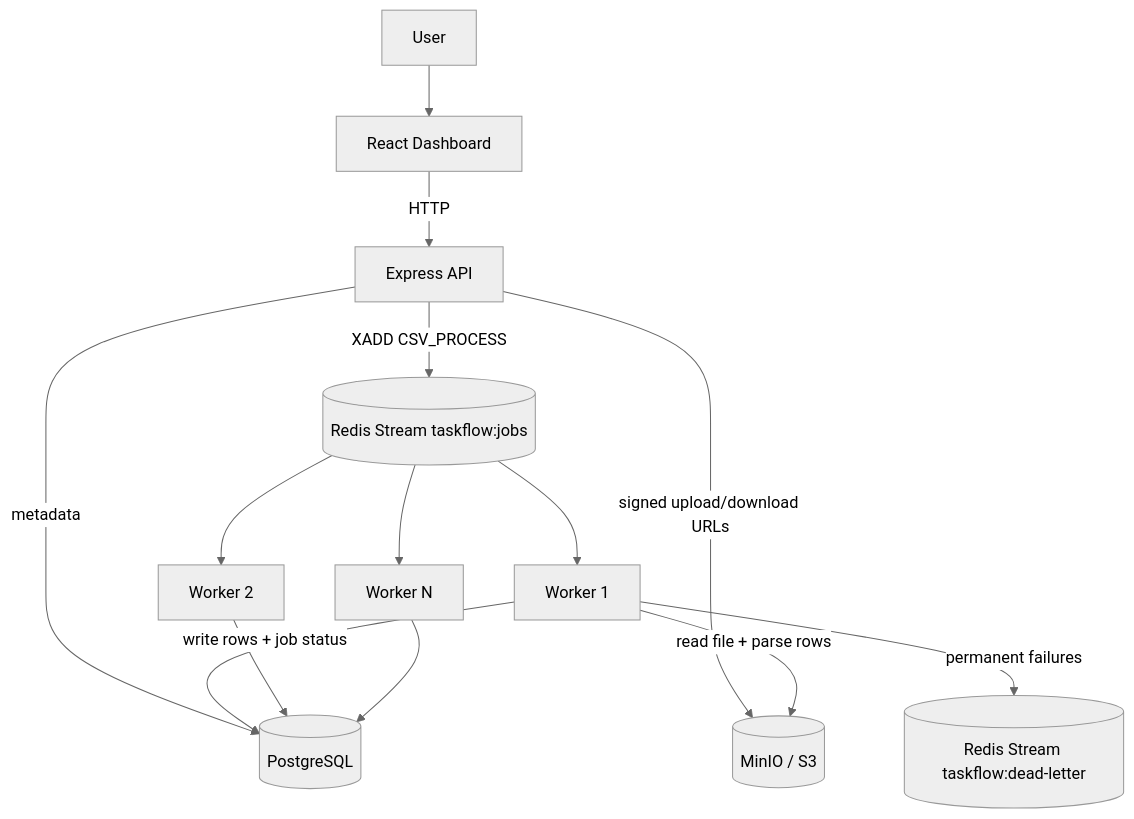
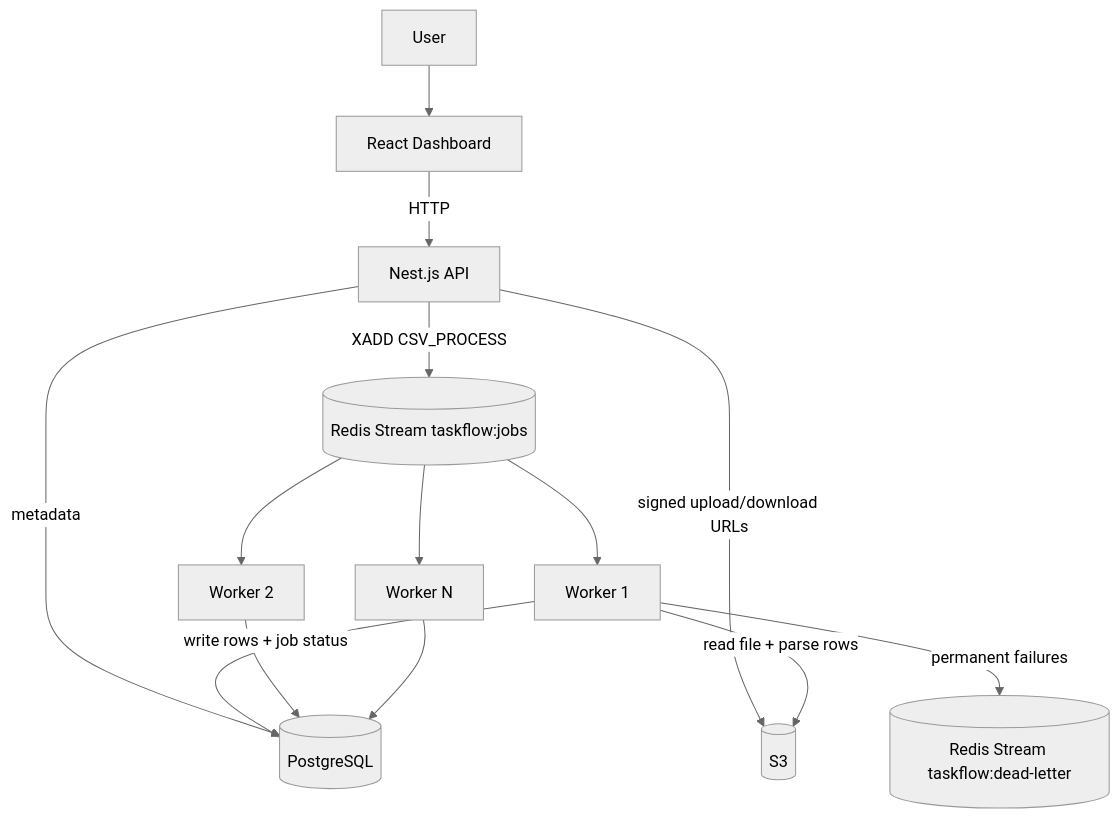
Before and after one commit to annnmol/taskflow: the diagram in README.md, drawn with Mermaid (neutral theme). The commit also changed other lines of this file and 1 other file, not shown here.

````diff
--- a/README.md
+++ b/README.md
@@ -13,16 +7,16 @@
 ```mermaid
 flowchart TD
   U[User] --> W[React Dashboard]
-  W -->|HTTP| A[Express API]
+  W -->|HTTP| A[Nest.js API]
   A -->|metadata| P[(PostgreSQL)]
-  A -->|signed upload/download URLs| M[(MinIO / S3)]
+  A -->|signed upload/download URLs| M[(S3)]
   A -->|XADD CSV_PROCESS| R[(Redis Stream taskflow:jobs)]
   R --> C1[Worker 1]
   R --> C2[Worker 2]
   R --> C3[Worker N]
   C1 -->|read file + parse rows| M
   C1 -->|write rows + job status| P
   C2 --> P
   C3 --> P
   C1 -->|permanent failures| D[(Redis Stream taskflow:dead-letter)]
 ```
````
